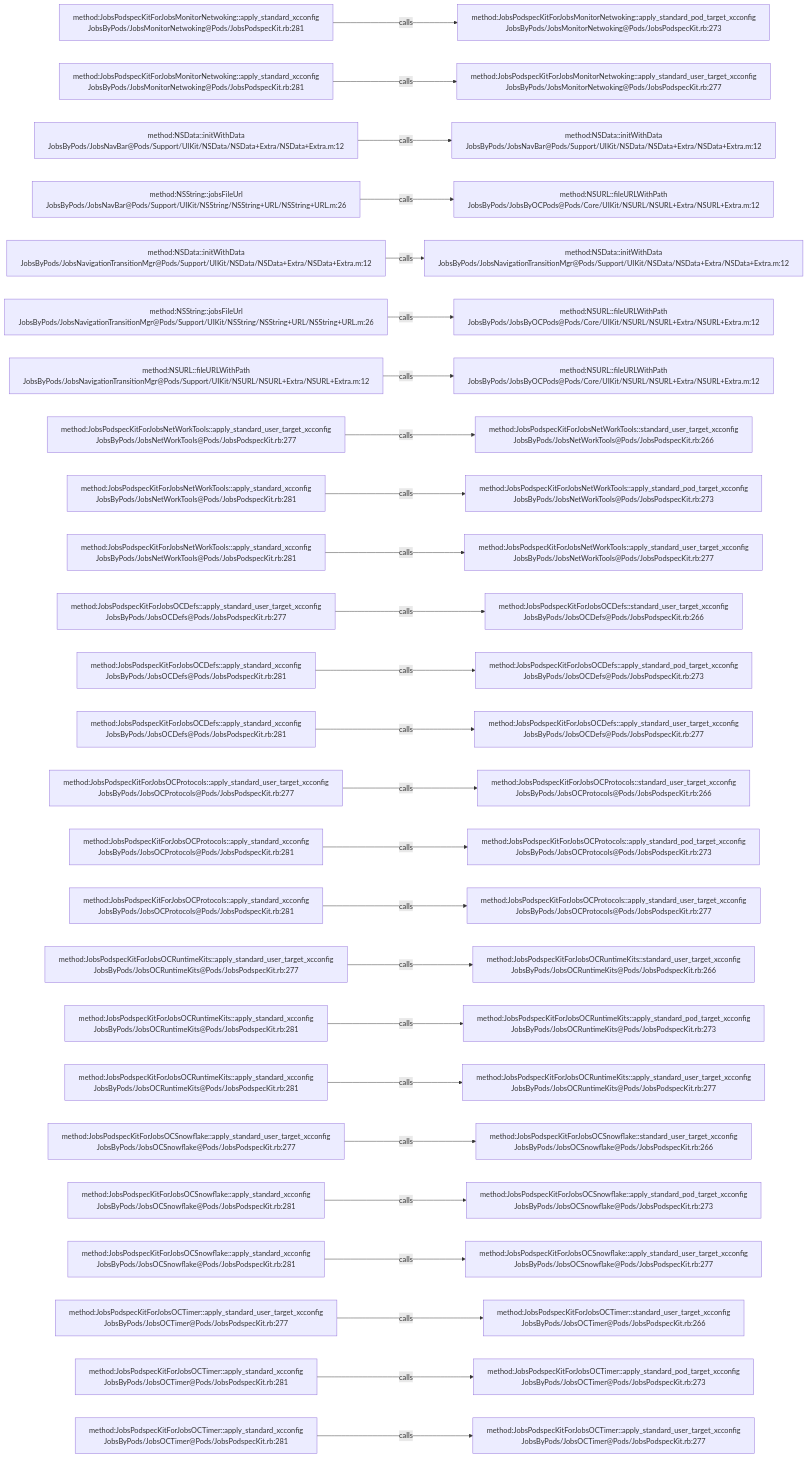
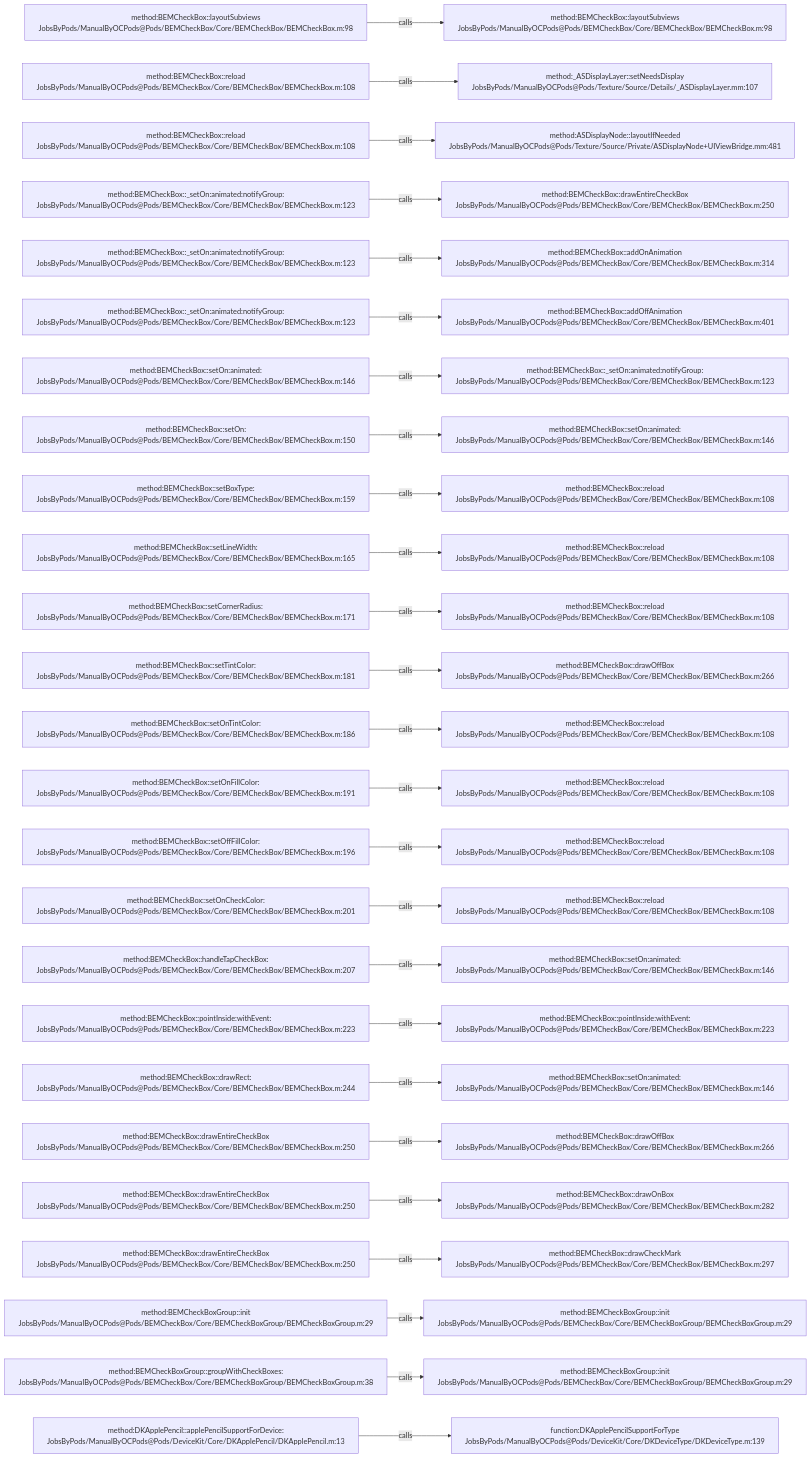
Before and after one commit to JobsKits/JobsOCBaseConfigDemo: the diagram in .codegraph/codegraph.md/graphs/calls-006.md, drawn with Mermaid. The commit also changed 2723 other files, not shown here.

````diff
--- a/.codegraph/codegraph.md/graphs/calls-006.md
+++ b/.codegraph/codegraph.md/graphs/calls-006.md
@@ -13,78 +13,78 @@
 ```mermaid
 flowchart LR
-  S1["method:JobsPodspecKitForJobsMonitorNetwoking::apply_standard_xcconfig<br/>JobsByPods/JobsMonitorNetwoking@Pods/JobsPodspecKit.rb:281"]
-  T1["method:JobsPodspecKitForJobsMonitorNetwoking::apply_standard_pod_target_xcconfig<br/>JobsByPods/JobsMonitorNetwoking@Pods/JobsPodspecKit.rb:273"]
+  S1["method:BEMCheckBox::layoutSubviews<br/>JobsByPods/ManualByOCPods@Pods/BEMCheckBox/Core/BEMCheckBox/BEMCheckBox.m:98"]
+  T1["method:BEMCheckBox::layoutSubviews<br/>JobsByPods/ManualByOCPods@Pods/BEMCheckBox/Core/BEMCheckBox/BEMCheckBox.m:98"]
   S1 -->|calls| T1
-  S2["method:JobsPodspecKitForJobsMonitorNetwoking::apply_standard_xcconfig<br/>JobsByPods/JobsMonitorNetwoking@Pods/JobsPodspecKit.rb:281"]
-  T2["method:JobsPodspecKitForJobsMonitorNetwoking::apply_standard_user_target_xcconfig<br/>JobsByPods/JobsMonitorNetwoking@Pods/JobsPodspecKit.rb:277"]
+  S2["method:BEMCheckBox::reload<br/>JobsByPods/ManualByOCPods@Pods/BEMCheckBox/Core/BEMCheckBox/BEMCheckBox.m:108"]
+  T2["method:_ASDisplayLayer::setNeedsDisplay<br/>JobsByPods/ManualByOCPods@Pods/Texture/Source/Details/_ASDisplayLayer.mm:107"]
   S2 -->|calls| T2
-  S3["method:NSData::initWithData<br/>JobsByPods/JobsNavBar@Pods/Support/UIKit/NSData/NSData+Extra/NSData+Extra.m:12"]
-  T3["method:NSData::initWithData<br/>JobsByPods/JobsNavBar@Pods/Support/UIKit/NSData/NSData+Extra/NSData+Extra.m:12"]
+  S3["method:BEMCheckBox::reload<br/>JobsByPods/ManualByOCPods@Pods/BEMCheckBox/Core/BEMCheckBox/BEMCheckBox.m:108"]
+  T3["method:ASDisplayNode::layoutIfNeeded<br/>JobsByPods/ManualByOCPods@Pods/Texture/Source/Private/ASDisplayNode+UIViewBridge.mm:481"]
   S3 -->|calls| T3
-  S4["method:NSString::jobsFileUrl<br/>JobsByPods/JobsNavBar@Pods/Support/UIKit/NSString/NSString+URL/NSString+URL.m:26"]
-  T4["method:NSURL::fileURLWithPath<br/>JobsByPods/JobsByOCPods@Pods/Core/UIKit/NSURL/NSURL+Extra/NSURL+Extra.m:12"]
+  S4["method:BEMCheckBox::_setOn:animated:notifyGroup:<br/>JobsByPods/ManualByOCPods@Pods/BEMCheckBox/Core/BEMCheckBox/BEMCheckBox.m:123"]
+  T4["method:BEMCheckBox::drawEntireCheckBox<br/>JobsByPods/ManualByOCPods@Pods/BEMCheckBox/Core/BEMCheckBox/BEMCheckBox.m:250"]
   S4 -->|calls| T4
-  S5["method:NSData::initWithData<br/>JobsByPods/JobsNavigationTransitionMgr@Pods/Support/UIKit/NSData/NSData+Extra/NSData+Extra.m:12"]
-  T5["method:NSData::initWithData<br/>JobsByPods/JobsNavigationTransitionMgr@Pods/Support/UIKit/NSData/NSData+Extra/NSData+Extra.m:12"]
+  S5["method:BEMCheckBox::_setOn:animated:notifyGroup:<br/>JobsByPods/ManualByOCPods@Pods/BEMCheckBox/Core/BEMCheckBox/BEMCheckBox.m:123"]
+  T5["method:BEMCheckBox::addOnAnimation<br/>JobsByPods/ManualByOCPods@Pods/BEMCheckBox/Core/BEMCheckBox/BEMCheckBox.m:314"]
   S5 -->|calls| T5
-  S6["method:NSString::jobsFileUrl<br/>JobsByPods/JobsNavigationTransitionMgr@Pods/Support/UIKit/NSString/NSString+URL/NSString+URL.m:26"]
-  T6["method:NSURL::fileURLWithPath<br/>JobsByPods/JobsByOCPods@Pods/Core/UIKit/NSURL/NSURL+Extra/NSURL+Extra.m:12"]
+  S6["method:BEMCheckBox::_setOn:animated:notifyGroup:<br/>JobsByPods/ManualByOCPods@Pods/BEMCheckBox/Core/BEMCheckBox/BEMCheckBox.m:123"]
+  T6["method:BEMCheckBox::addOffAnimation<br/>JobsByPods/ManualByOCPods@Pods/BEMCheckBox/Core/BEMCheckBox/BEMCheckBox.m:401"]
   S6 -->|calls| T6
-  S7["method:NSURL::fileURLWithPath<br/>JobsByPods/JobsNavigationTransitionMgr@Pods/Support/UIKit/NSURL/NSURL+Extra/NSURL+Extra.m:12"]
-  T7["method:NSURL::fileURLWithPath<br/>JobsByPods/JobsByOCPods@Pods/Core/UIKit/NSURL/NSURL+Extra/NSURL+Extra.m:12"]
+  S7["method:BEMCheckBox::setOn:animated:<br/>JobsByPods/ManualByOCPods@Pods/BEMCheckBox/Core/BEMCheckBox/BEMCheckBox.m:146"]
+  T7["method:BEMCheckBox::_setOn:animated:notifyGroup:<br/>JobsByPods/ManualByOCPods@Pods/BEMCheckBox/Core/BEMCheckBox/BEMCheckBox.m:123"]
   S7 -->|calls| T7
-  S8["method:JobsPodspecKitForJobsNetWorkTools::apply_standard_user_target_xcconfig<br/>JobsByPods/JobsNetWorkTools@Pods/JobsPodspecKit.rb:277"]
-  T8["method:JobsPodspecKitForJobsNetWorkTools::standard_user_target_xcconfig<br/>JobsByPods/JobsNetWorkTools@Pods/JobsPodspecKit.rb:266"]
+  S8["method:BEMCheckBox::setOn:<br/>JobsByPods/ManualByOCPods@Pods/BEMCheckBox/Core/BEMCheckBox/BEMCheckBox.m:150"]
+  T8["method:BEMCheckBox::setOn:animated:<br/>JobsByPods/ManualByOCPods@Pods/BEMCheckBox/Core/BEMCheckBox/BEMCheckBox.m:146"]
   S8 -->|calls| T8
-  S9["method:JobsPodspecKitForJobsNetWorkTools::apply_standard_xcconfig<br/>JobsByPods/JobsNetWorkTools@Pods/JobsPodspecKit.rb:281"]
-  T9["method:JobsPodspecKitForJobsNetWorkTools::apply_standard_pod_target_xcconfig<br/>JobsByPods/JobsNetWorkTools@Pods/JobsPodspecKit.rb:273"]
+  S9["method:BEMCheckBox::setBoxType:<br/>JobsByPods/ManualByOCPods@Pods/BEMCheckBox/Core/BEMCheckBox/BEMCheckBox.m:159"]
+  T9["method:BEMCheckBox::reload<br/>JobsByPods/ManualByOCPods@Pods/BEMCheckBox/Core/BEMCheckBox/BEMCheckBox.m:108"]
   S9 -->|calls| T9
-  S10["method:JobsPodspecKitForJobsNetWorkTools::apply_standard_xcconfig<br/>JobsByPods/JobsNetWorkTools@Pods/JobsPodspecKit.rb:281"]
-  T10["method:JobsPodspecKitForJobsNetWorkTools::apply_standard_user_target_xcconfig<br/>JobsByPods/JobsNetWorkTools@Pods/JobsPodspecKit.rb:277"]
+  S10["method:BEMCheckBox::setLineWidth:<br/>JobsByPods/ManualByOCPods@Pods/BEMCheckBox/Core/BEMCheckBox/BEMCheckBox.m:165"]
+  T10["method:BEMCheckBox::reload<br/>JobsByPods/ManualByOCPods@Pods/BEMCheckBox/Core/BEMCheckBox/BEMCheckBox.m:108"]
   S10 -->|calls| T10
-  S11["method:JobsPodspecKitForJobsOCDefs::apply_standard_user_target_xcconfig<br/>JobsByPods/JobsOCDefs@Pods/JobsPodspecKit.rb:277"]
-  T11["method:JobsPodspecKitForJobsOCDefs::standard_user_target_xcconfig<br/>JobsByPods/JobsOCDefs@Pods/JobsPodspecKit.rb:266"]
+  S11["method:BEMCheckBox::setCornerRadius:<br/>JobsByPods/ManualByOCPods@Pods/BEMCheckBox/Core/BEMCheckBox/BEMCheckBox.m:171"]
+  T11["method:BEMCheckBox::reload<br/>JobsByPods/ManualByOCPods@Pods/BEMCheckBox/Core/BEMCheckBox/BEMCheckBox.m:108"]
   S11 -->|calls| T11
-  S12["method:JobsPodspecKitForJobsOCDefs::apply_standard_xcconfig<br/>JobsByPods/JobsOCDefs@Pods/JobsPodspecKit.rb:281"]
-  T12["method:JobsPodspecKitForJobsOCDefs::apply_standard_pod_target_xcconfig<br/>JobsByPods/JobsOCDefs@Pods/JobsPodspecKit.rb:273"]
+  S12["method:BEMCheckBox::setTintColor:<br/>JobsByPods/ManualByOCPods@Pods/BEMCheckBox/Core/BEMCheckBox/BEMCheckBox.m:181"]
+  T12["method:BEMCheckBox::drawOffBox<br/>JobsByPods/ManualByOCPods@Pods/BEMCheckBox/Core/BEMCheckBox/BEMCheckBox.m:266"]
   S12 -->|calls| T12
-  S13["method:JobsPodspecKitForJobsOCDefs::apply_standard_xcconfig<br/>JobsByPods/JobsOCDefs@Pods/JobsPodspecKit.rb:281"]
-  T13["method:JobsPodspecKitForJobsOCDefs::apply_standard_user_target_xcconfig<br/>JobsByPods/JobsOCDefs@Pods/JobsPodspecKit.rb:277"]
+  S13["method:BEMCheckBox::setOnTintColor:<br/>JobsByPods/ManualByOCPods@Pods/BEMCheckBox/Core/BEMCheckBox/BEMCheckBox.m:186"]
+  T13["method:BEMCheckBox::reload<br/>JobsByPods/ManualByOCPods@Pods/BEMCheckBox/Core/BEMCheckBox/BEMCheckBox.m:108"]
   S13 -->|calls| T13
-  S14["method:JobsPodspecKitForJobsOCProtocols::apply_standard_user_target_xcconfig<br/>JobsByPods/JobsOCProtocols@Pods/JobsPodspecKit.rb:277"]
-  T14["method:JobsPodspecKitForJobsOCProtocols::standard_user_target_xcconfig<br/>JobsByPods/JobsOCProtocols@Pods/JobsPodspecKit.rb:266"]
+  S14["method:BEMCheckBox::setOnFillColor:<br/>JobsByPods/ManualByOCPods@Pods/BEMCheckBox/Core/BEMCheckBox/BEMCheckBox.m:191"]
+  T14["method:BEMCheckBox::reload<br/>JobsByPods/ManualByOCPods@Pods/BEMCheckBox/Core/BEMCheckBox/BEMCheckBox.m:108"]
   S14 -->|calls| T14
-  S15["method:JobsPodspecKitForJobsOCProtocols::apply_standard_xcconfig<br/>JobsByPods/JobsOCProtocols@Pods/JobsPodspecKit.rb:281"]
-  T15["method:JobsPodspecKitForJobsOCProtocols::apply_standard_pod_target_xcconfig<br/>JobsByPods/JobsOCProtocols@Pods/JobsPodspecKit.rb:273"]
+  S15["method:BEMCheckBox::setOffFillColor:<br/>JobsByPods/ManualByOCPods@Pods/BEMCheckBox/Core/BEMCheckBox/BEMCheckBox.m:196"]
+  T15["method:BEMCheckBox::reload<br/>JobsByPods/ManualByOCPods@Pods/BEMCheckBox/Core/BEMCheckBox/BEMCheckBox.m:108"]
   S15 -->|calls| T15
-  S16["method:JobsPodspecKitForJobsOCProtocols::apply_standard_xcconfig<br/>JobsByPods/JobsOCProtocols@Pods/JobsPodspecKit.rb:281"]
-  T16["method:JobsPodspecKitForJobsOCProtocols::apply_standard_user_target_xcconfig<br/>JobsByPods/JobsOCProtocols@Pods/JobsPodspecKit.rb:277"]
+  S16["method:BEMCheckBox::setOnCheckColor:<br/>JobsByPods/ManualByOCPods@Pods/BEMCheckBox/Core/BEMCheckBox/BEMCheckBox.m:201"]
+  T16["method:BEMCheckBox::reload<br/>JobsByPods/ManualByOCPods@Pods/BEMCheckBox/Core/BEMCheckBox/BEMCheckBox.m:108"]
   S16 -->|calls| T16
-  S17["method:JobsPodspecKitForJobsOCRuntimeKits::apply_standard_user_target_xcconfig<br/>JobsByPods/JobsOCRuntimeKits@Pods/JobsPodspecKit.rb:277"]
-  T17["method:JobsPodspecKitForJobsOCRuntimeKits::standard_user_target_xcconfig<br/>JobsByPods/JobsOCRuntimeKits@Pods/JobsPodspecKit.rb:266"]
+  S17["method:BEMCheckBox::handleTapCheckBox:<br/>JobsByPods/ManualByOCPods@Pods/BEMCheckBox/Core/BEMCheckBox/BEMCheckBox.m:207"]
+  T17["method:BEMCheckBox::setOn:animated:<br/>JobsByPods/ManualByOCPods@Pods/BEMCheckBox/Core/BEMCheckBox/BEMCheckBox.m:146"]
   S17 -->|calls| T17
-  S18["method:JobsPodspecKitForJobsOCRuntimeKits::apply_standard_xcconfig<br/>JobsByPods/JobsOCRuntimeKits@Pods/JobsPodspecKit.rb:281"]
-  T18["method:JobsPodspecKitForJobsOCRuntimeKits::apply_standard_pod_target_xcconfig<br/>JobsByPods/JobsOCRuntimeKits@Pods/JobsPodspecKit.rb:273"]
+  S18["method:BEMCheckBox::pointInside:withEvent:<br/>JobsByPods/ManualByOCPods@Pods/BEMCheckBox/Core/BEMCheckBox/BEMCheckBox.m:223"]
+  T18["method:BEMCheckBox::pointInside:withEvent:<br/>JobsByPods/ManualByOCPods@Pods/BEMCheckBox/Core/BEMCheckBox/BEMCheckBox.m:223"]
   S18 -->|calls| T18
-  S19["method:JobsPodspecKitForJobsOCRuntimeKits::apply_standard_xcconfig<br/>JobsByPods/JobsOCRuntimeKits@Pods/JobsPodspecKit.rb:281"]
-  T19["method:JobsPodspecKitForJobsOCRuntimeKits::apply_standard_user_target_xcconfig<br/>JobsByPods/JobsOCRuntimeKits@Pods/JobsPodspecKit.rb:277"]
+  S19["method:BEMCheckBox::drawRect:<br/>JobsByPods/ManualByOCPods@Pods/BEMCheckBox/Core/BEMCheckBox/BEMCheckBox.m:244"]
+  T19["method:BEMCheckBox::setOn:animated:<br/>JobsByPods/ManualByOCPods@Pods/BEMCheckBox/Core/BEMCheckBox/BEMCheckBox.m:146"]
   S19 -->|calls| T19
-  S20["method:JobsPodspecKitForJobsOCSnowflake::apply_standard_user_target_xcconfig<br/>JobsByPods/JobsOCSnowflake@Pods/JobsPodspecKit.rb:277"]
-  T20["method:JobsPodspecKitForJobsOCSnowflake::standard_user_target_xcconfig<br/>JobsByPods/JobsOCSnowflake@Pods/JobsPodspecKit.rb:266"]
+  S20["method:BEMCheckBox::drawEntireCheckBox<br/>JobsByPods/ManualByOCPods@Pods/BEMCheckBox/Core/BEMCheckBox/BEMCheckBox.m:250"]
+  T20["method:BEMCheckBox::drawOffBox<br/>JobsByPods/ManualByOCPods@Pods/BEMCheckBox/Core/BEMCheckBox/BEMCheckBox.m:266"]
   S20 -->|calls| T20
-  S21["method:JobsPodspecKitForJobsOCSnowflake::apply_standard_xcconfig<br/>JobsByPods/JobsOCSnowflake@Pods/JobsPodspecKit.rb:281"]
-  T21["method:JobsPodspecKitForJobsOCSnowflake::apply_standard_pod_target_xcconfig<br/>JobsByPods/JobsOCSnowflake@Pods/JobsPodspecKit.rb:273"]
+  S21["method:BEMCheckBox::drawEntireCheckBox<br/>JobsByPods/ManualByOCPods@Pods/BEMCheckBox/Core/BEMCheckBox/BEMCheckBox.m:250"]
+  T21["method:BEMCheckBox::drawOnBox<br/>JobsByPods/ManualByOCPods@Pods/BEMCheckBox/Core/BEMCheckBox/BEMCheckBox.m:282"]
   S21 -->|calls| T21
-  S22["method:JobsPodspecKitForJobsOCSnowflake::apply_standard_xcconfig<br/>JobsByPods/JobsOCSnowflake@Pods/JobsPodspecKit.rb:281"]
-  T22["method:JobsPodspecKitForJobsOCSnowflake::apply_standard_user_target_xcconfig<br/>JobsByPods/JobsOCSnowflake@Pods/JobsPodspecKit.rb:277"]
+  S22["method:BEMCheckBox::drawEntireCheckBox<br/>JobsByPods/ManualByOCPods@Pods/BEMCheckBox/Core/BEMCheckBox/BEMCheckBox.m:250"]
+  T22["method:BEMCheckBox::drawCheckMark<br/>JobsByPods/ManualByOCPods@Pods/BEMCheckBox/Core/BEMCheckBox/BEMCheckBox.m:297"]
   S22 -->|calls| T22
-  S23["method:JobsPodspecKitForJobsOCTimer::apply_standard_user_target_xcconfig<br/>JobsByPods/JobsOCTimer@Pods/JobsPodspecKit.rb:277"]
-  T23["method:JobsPodspecKitForJobsOCTimer::standard_user_target_xcconfig<br/>JobsByPods/JobsOCTimer@Pods/JobsPodspecKit.rb:266"]
+  S23["method:BEMCheckBoxGroup::init<br/>JobsByPods/ManualByOCPods@Pods/BEMCheckBox/Core/BEMCheckBoxGroup/BEMCheckBoxGroup.m:29"]
+  T23["method:BEMCheckBoxGroup::init<br/>JobsByPods/ManualByOCPods@Pods/BEMCheckBox/Core/BEMCheckBoxGroup/BEMCheckBoxGroup.m:29"]
   S23 -->|calls| T23
-  S24["method:JobsPodspecKitForJobsOCTimer::apply_standard_xcconfig<br/>JobsByPods/JobsOCTimer@Pods/JobsPodspecKit.rb:281"]
-  T24["method:JobsPodspecKitForJobsOCTimer::apply_standard_pod_target_xcconfig<br/>JobsByPods/JobsOCTimer@Pods/JobsPodspecKit.rb:273"]
+  S24["method:BEMCheckBoxGroup::groupWithCheckBoxes:<br/>JobsByPods/ManualByOCPods@Pods/BEMCheckBox/Core/BEMCheckBoxGroup/BEMCheckBoxGroup.m:38"]
+  T24["method:BEMCheckBoxGroup::init<br/>JobsByPods/ManualByOCPods@Pods/BEMCheckBox/Core/BEMCheckBoxGroup/BEMCheckBoxGroup.m:29"]
   S24 -->|calls| T24
-  S25["method:JobsPodspecKitForJobsOCTimer::apply_standard_xcconfig<br/>JobsByPods/JobsOCTimer@Pods/JobsPodspecKit.rb:281"]
-  T25["method:JobsPodspecKitForJobsOCTimer::apply_standard_user_target_xcconfig<br/>JobsByPods/JobsOCTimer@Pods/JobsPodspecKit.rb:277"]
+  S25["method:DKApplePencil::applePencilSupportForDevice:<br/>JobsByPods/ManualByOCPods@Pods/DeviceKit/Core/DKApplePencil/DKApplePencil.m:13"]
+  T25["function:DKApplePencilSupportForType<br/>JobsByPods/ManualByOCPods@Pods/DeviceKit/Core/DKDeviceType/DKDeviceType.m:139"]
   S25 -->|calls| T25
 ```
````
